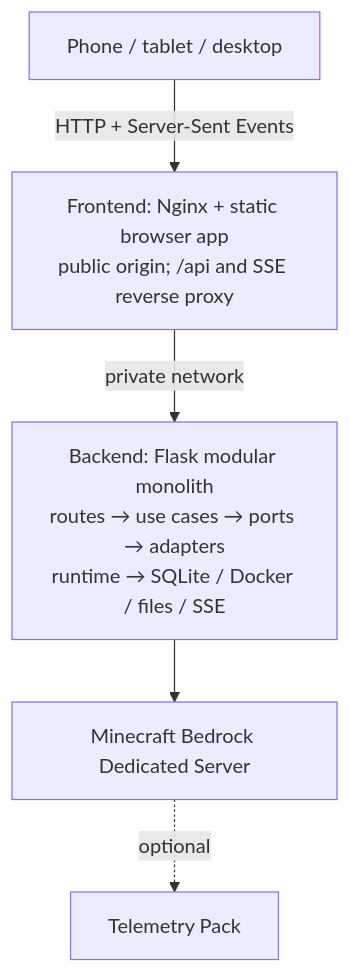
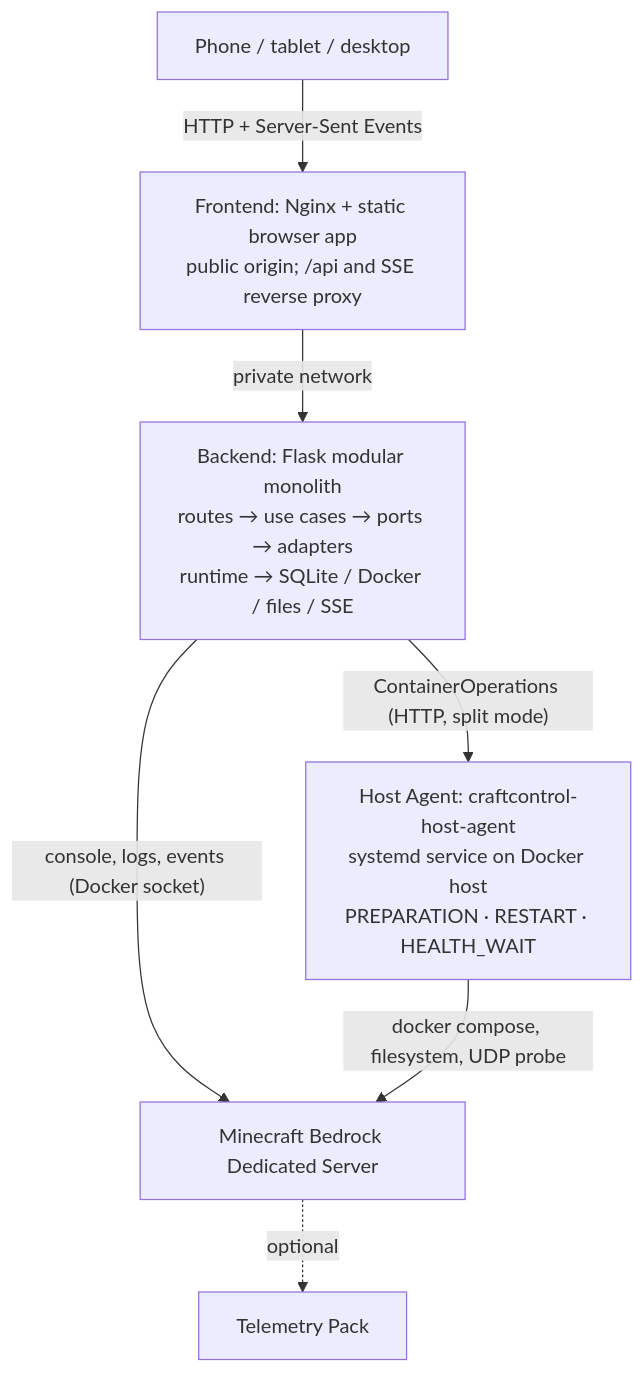
Before and after one commit to dgaramos/craftcontrol: the first of 5 diagrams in docs/architecture.md, drawn with Mermaid. The commit also changed other lines of this file and 6 other files, not shown here.

First line of the commit message:
docs(host-agent): document privileged execution boundary

````diff
--- a/docs/architecture.md
+++ b/docs/architecture.md
@@ -7,7 +7,9 @@
 ```mermaid
 flowchart TD
     client["Phone / tablet / desktop"] -->|"HTTP + Server-Sent Events"| frontend["Frontend: Nginx + static browser app<br/>public origin; /api and SSE reverse proxy"]
     frontend -->|"private network"| backend["Backend: Flask modular monolith<br/>routes → use cases → ports → adapters<br/>runtime → SQLite / Docker / files / SSE"]
-    backend --> bedrock["Minecraft Bedrock Dedicated Server"]
+    backend -->|"console, logs, events (Docker socket)"| bedrock["Minecraft Bedrock Dedicated Server"]
+    backend -->|"ContainerOperations (HTTP, split mode)"| hostagent["Host Agent: craftcontrol-host-agent<br/>systemd service on Docker host<br/>PREPARATION · RESTART · HEALTH_WAIT"]
+    hostagent -->|"docker compose, filesystem, UDP probe"| bedrock
     bedrock -. "optional" .-> telemetry["Telemetry Pack"]
 ```
````
